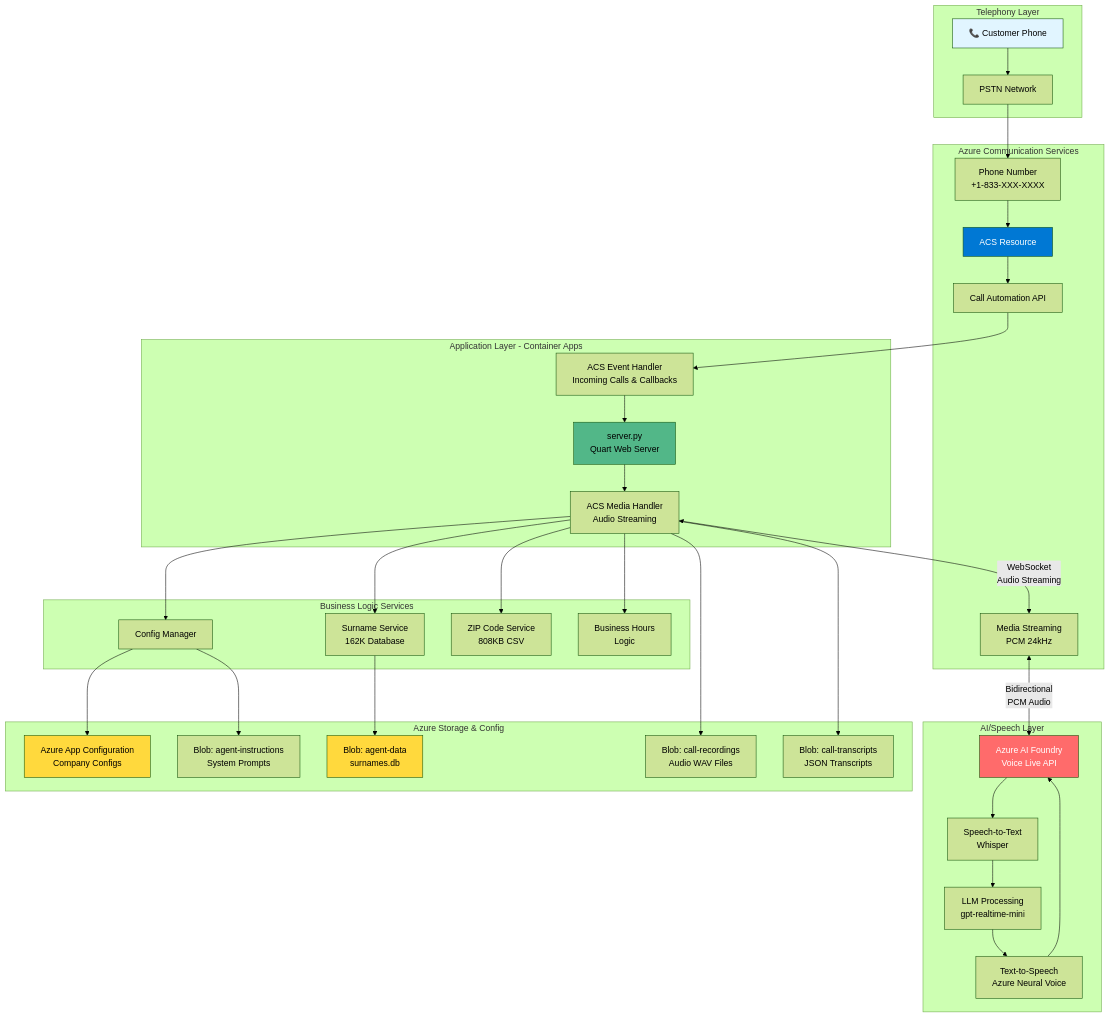
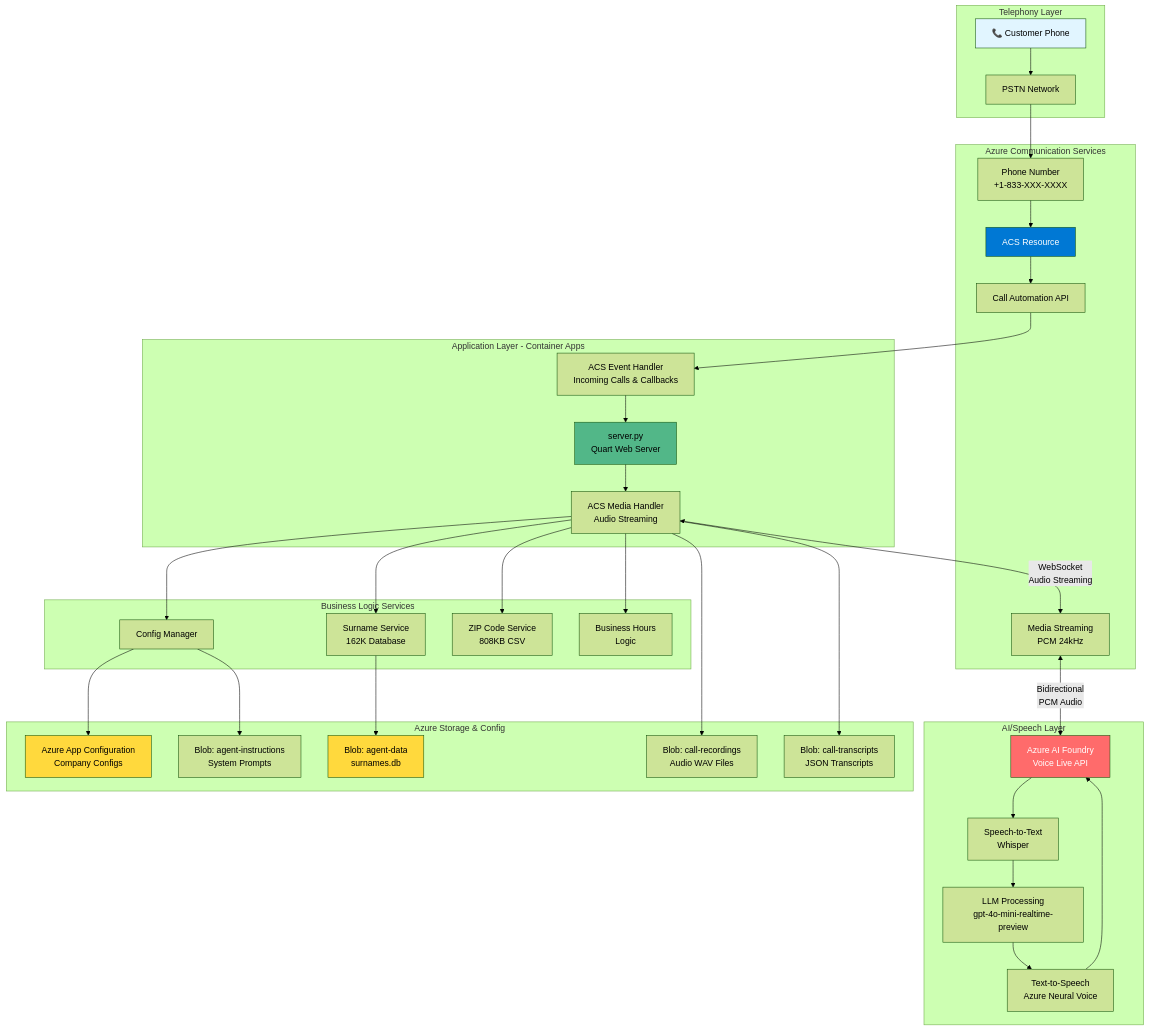
One commit to kireland3517/voice-agents-platform changed the first of 12 diagrams in ARCHITECTURE_DIAGRAMS.md. Above: the diagram before and after it, drawn with Mermaid (forest theme). The commit also changed 4 other files, not shown here.

First line of the commit message:
UPDATE: Migrate to gpt-4o-mini-realtime-preview model

````diff
--- a/ARCHITECTURE_DIAGRAMS.md
+++ b/ARCHITECTURE_DIAGRAMS.md
@@ -20,76 +20,76 @@
 ```mermaid
 graph TB
     subgraph "Telephony Layer"
         Phone[📞 Customer Phone]
         PSTN[PSTN Network]
     end
 
     subgraph "Azure Communication Services"
         ACS[ACS Resource]
         PhoneNum[Phone Number<br/>+1-833-XXX-XXXX]
         CallAuto[Call Automation API]
         MediaStream[Media Streaming<br/>PCM 24kHz]
     end
 
     subgraph "Application Layer - Container Apps"
         Server[server.py<br/>Quart Web Server]
         EventHandler[ACS Event Handler<br/>Incoming Calls & Callbacks]
         MediaHandler[ACS Media Handler<br/>Audio Streaming]
     end
 
     subgraph "AI/Speech Layer"
         VoiceLive[Azure AI Foundry<br/>Voice Live API]
         STT[Speech-to-Text<br/>Whisper]
-        LLM[LLM Processing<br/>gpt-realtime-mini]
+        LLM[LLM Processing<br/>gpt-4o-mini-realtime-preview]
         TTS[Text-to-Speech<br/>Azure Neural Voice]
     end
 
     subgraph "Business Logic Services"
         ConfigMgr[Config Manager]
         SurnameSvc[Surname Service<br/>162K Database]
         ZipSvc[ZIP Code Service<br/>808KB CSV]
         BusinessHrs[Business Hours<br/>Logic]
     end
 
     subgraph "Azure Storage & Config"
         AppConfig[Azure App Configuration<br/>Company Configs]
         BlobInstr[Blob: agent-instructions<br/>System Prompts]
         BlobData[Blob: agent-data<br/>surnames.db]
         BlobRec[Blob: call-recordings<br/>Audio WAV Files]
         BlobTrans[Blob: call-transcripts<br/>JSON Transcripts]
     end
 
     Phone --> PSTN
     PSTN --> PhoneNum
     PhoneNum --> ACS
     ACS --> CallAuto
     CallAuto --> EventHandler
     EventHandler --> Server
     Server --> MediaHandler
 
     MediaHandler <-->|WebSocket<br/>Audio Streaming| MediaStream
     MediaStream <-->|Bidirectional<br/>PCM Audio| VoiceLive
 
     VoiceLive --> STT
     STT --> LLM
     LLM --> TTS
     TTS --> VoiceLive
 
     MediaHandler --> SurnameSvc
     MediaHandler --> ZipSvc
     MediaHandler --> BusinessHrs
     MediaHandler --> ConfigMgr
 
     ConfigMgr --> AppConfig
     ConfigMgr --> BlobInstr
     SurnameSvc --> BlobData
     MediaHandler --> BlobRec
     MediaHandler --> BlobTrans
 
     style Phone fill:#e1f5ff
     style ACS fill:#0078d4,color:#fff
     style Server fill:#52b788
     style VoiceLive fill:#ff6b6b,color:#fff
     style AppConfig fill:#ffd93d
     style BlobData fill:#ffd93d
 ```
````
